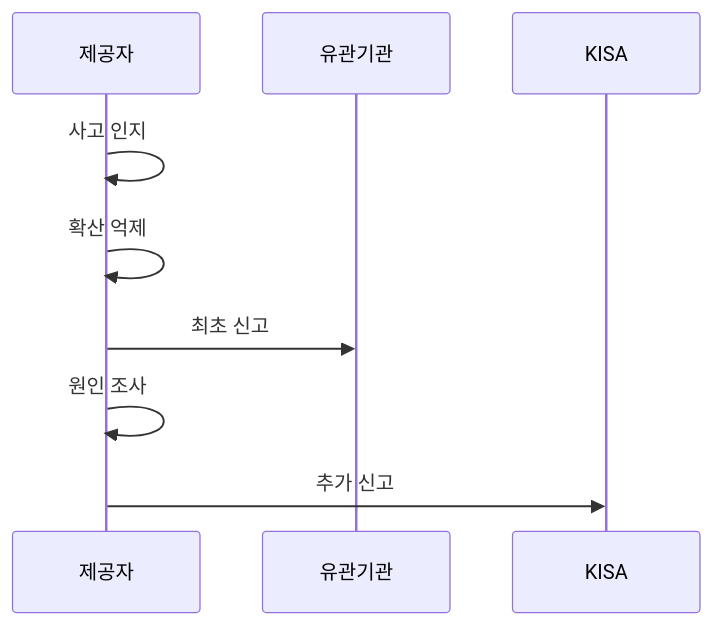
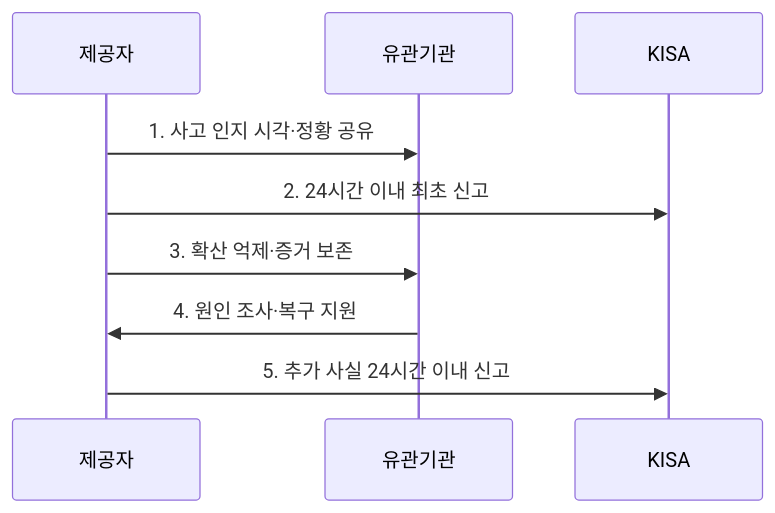
One commit to agnusdei1207/knowledge-base changed the second of 2 diagrams in src/content/docs/notes/07-law-policy/024_network_act_incident_report.md. Above: the diagram before and after it, drawn with Mermaid. The commit also changed other lines of this file and 9 other files, not shown here.

````diff
--- a/src/content/docs/notes/07-law-policy/024_network_act_incident_report.md
+++ b/src/content/docs/notes/07-law-policy/024_network_act_incident_report.md
@@ -79,11 +77,11 @@
 ```mermaid
 sequenceDiagram
     participant 제공자
     participant 유관기관
     participant KISA
-    제공자->>제공자: 사고 인지
-    제공자->>제공자: 확산 억제
-    제공자->>유관기관: 최초 신고
-    제공자->>제공자: 원인 조사
-    제공자->>KISA: 추가 신고
+    제공자->>유관기관: 1. 사고 인지 시각·정황 공유
+    제공자->>KISA: 2. 24시간 이내 최초 신고
+    제공자->>유관기관: 3. 확산 억제·증거 보존
+    유관기관->>제공자: 4. 원인 조사·복구 지원
+    제공자->>KISA: 5. 추가 사실 24시간 이내 신고
 ```
````
